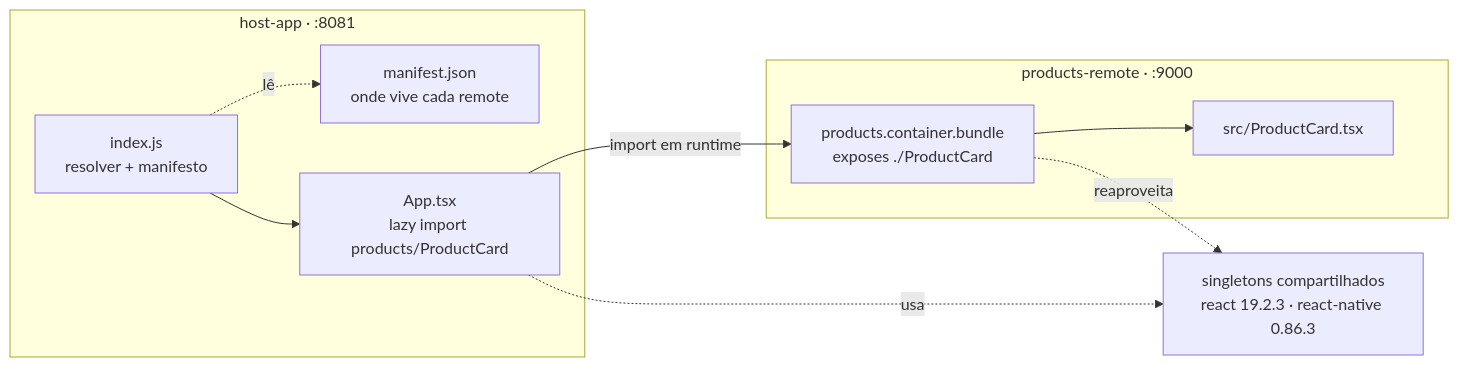
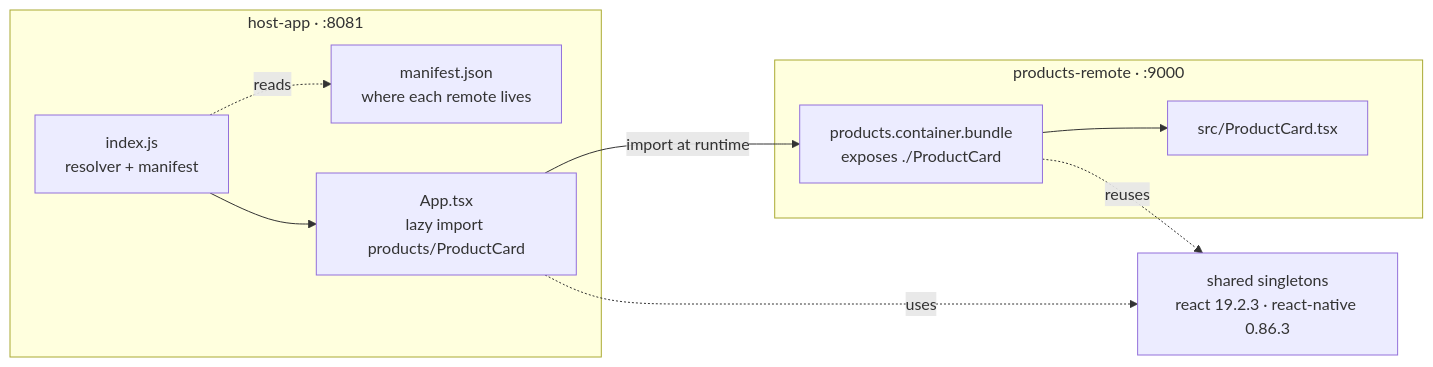
The first of 2 diagrams in mf-runtime/README.md (Luizrebelatto/module-federation-playground), drawn with Mermaid before and after one commit. The commit also changed other lines of this file and 1 other file, not shown here.

````diff
--- a/mf-runtime/README.md
+++ b/mf-runtime/README.md
@@ -18,21 +18,21 @@
 ```mermaid
 flowchart LR
     subgraph HOST["host-app · :8081"]
-        IDX["index.js<br/>resolver + manifesto"]
-        MAN["manifest.json<br/>onde vive cada remote"]
+        IDX["index.js<br/>resolver + manifest"]
+        MAN["manifest.json<br/>where each remote lives"]
         APP["App.tsx<br/>lazy import products/ProductCard"]
-        IDX -. lê .-> MAN
+        IDX -. reads .-> MAN
         IDX --> APP
     end
 
     subgraph REMOTE["products-remote · :9000"]
         CONT["products.container.bundle<br/>exposes ./ProductCard"]
         PC["src/ProductCard.tsx"]
         CONT --> PC
     end
 
-    APP -- "import em runtime" --> CONT
-    SHARED["singletons compartilhados<br/>react 19.2.3 · react-native 0.86.3"]
-    APP -. usa .-> SHARED
-    CONT -. reaproveita .-> SHARED
+    APP -- "import at runtime" --> CONT
+    SHARED["shared singletons<br/>react 19.2.3 · react-native 0.86.3"]
+    APP -. uses .-> SHARED
+    CONT -. reuses .-> SHARED
 ```
````
